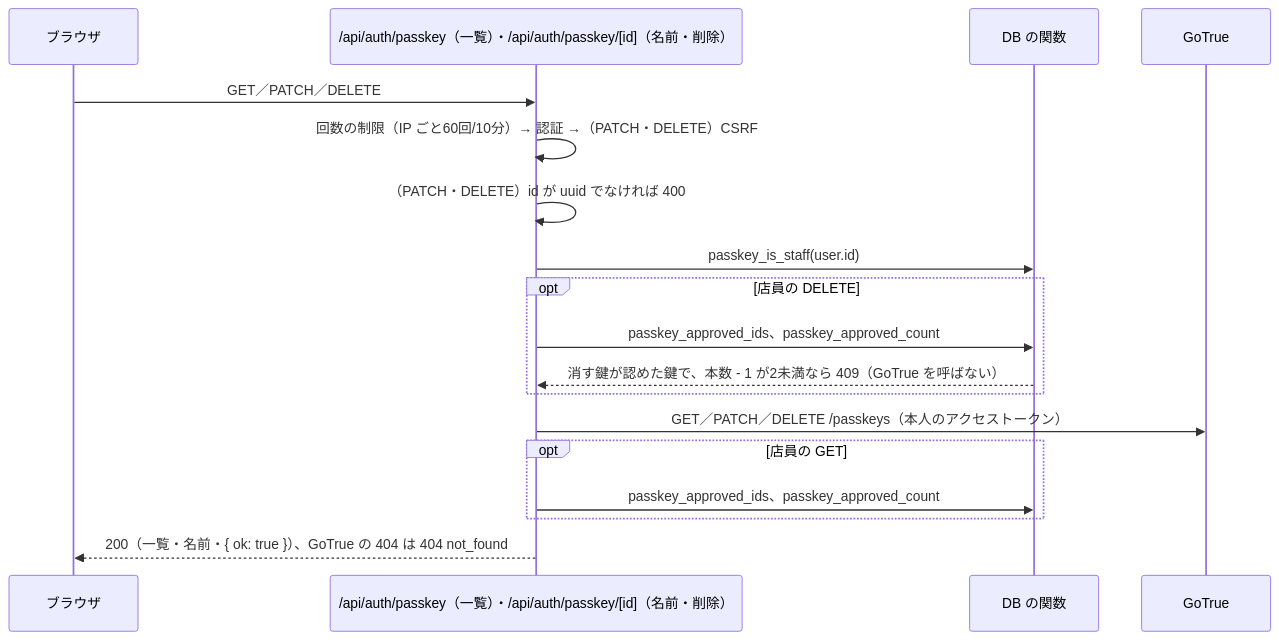
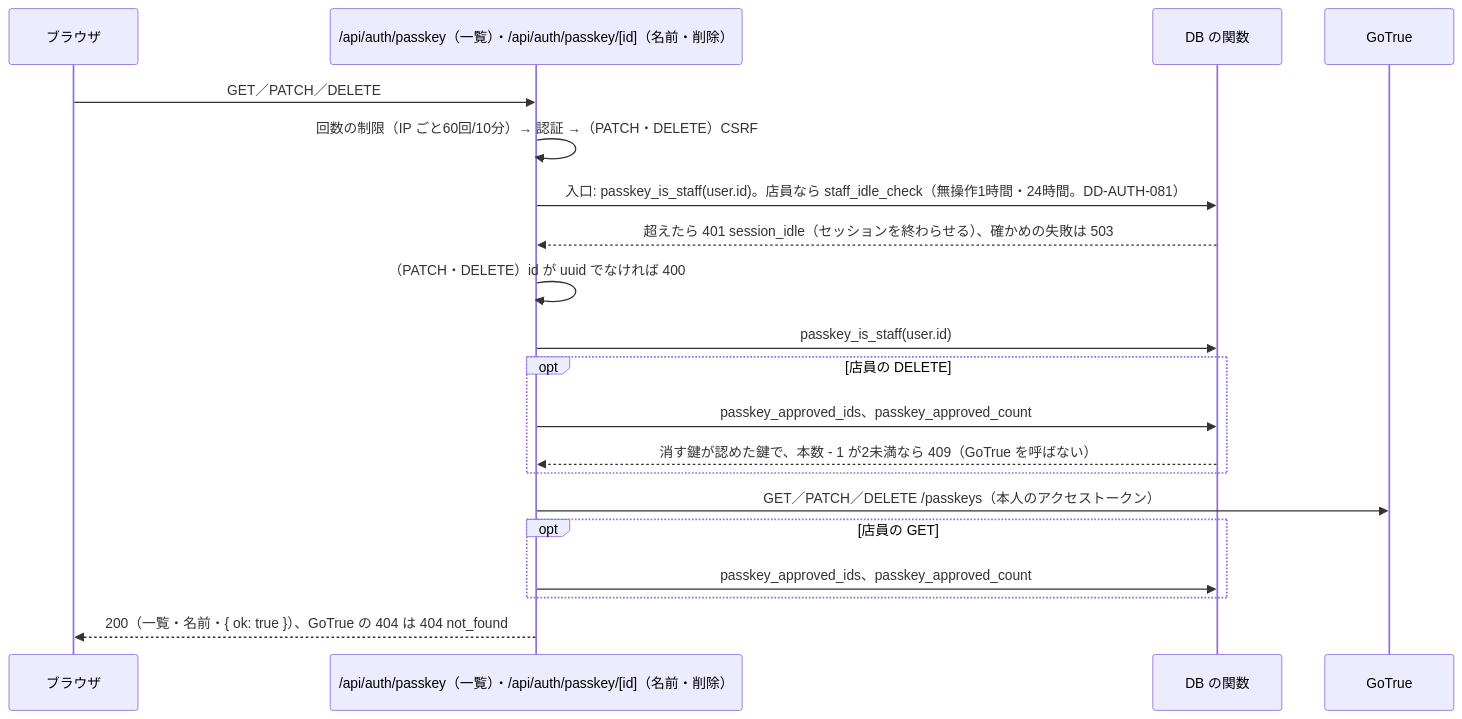
The eighth of 10 diagrams in docs/04_DetailDesign/sequence/auth-passkey-server-endpoints.md (ChocoWork/o_official), drawn with Mermaid before and after one commit. The commit also changed other lines of this file and 15 other files, not shown here.

````diff
--- a/docs/04_DetailDesign/sequence/auth-passkey-server-endpoints.md
+++ b/docs/04_DetailDesign/sequence/auth-passkey-server-endpoints.md
@@ -305,20 +305,22 @@
 ```mermaid
 sequenceDiagram
     participant B as ブラウザ
     participant R as /api/auth/passkey（一覧）・/api/auth/passkey/[id]（名前・削除）
     participant D as DB の関数
     participant T as GoTrue
     B->>R: GET／PATCH／DELETE
     R->>R: 回数の制限（IP ごと60回/10分）→ 認証 →（PATCH・DELETE）CSRF
+    R->>D: 入口: passkey_is_staff(user.id)。店員なら staff_idle_check（無操作1時間・24時間。DD-AUTH-081）
+    D-->>R: 超えたら 401 session_idle（セッションを終わらせる）、確かめの失敗は 503
     R->>R: （PATCH・DELETE）id が uuid でなければ 400
     R->>D: passkey_is_staff(user.id)
     opt 店員の DELETE
         R->>D: passkey_approved_ids、passkey_approved_count
         D-->>R: 消す鍵が認めた鍵で、本数 - 1 が2未満なら 409（GoTrue を呼ばない）
     end
     R->>T: GET／PATCH／DELETE /passkeys（本人のアクセストークン）
     opt 店員の GET
         R->>D: passkey_approved_ids、passkey_approved_count
     end
     R-->>B: 200（一覧・名前・{ ok: true }）、GoTrue の 404 は 404 not_found
 ```
````
